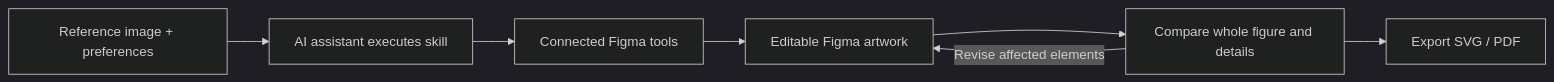
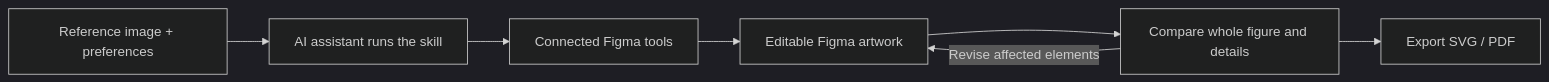
One commit to sidiangongyuan/paper-figure-to-figma changed the diagram in README.md. Above: the diagram before and after it, drawn with Mermaid (dark theme). The commit also changed other lines of this file and 12 other files, not shown here.

````diff
--- a/README.md
+++ b/README.md
@@ -36,9 +85,9 @@
 ```mermaid
 flowchart LR
-    A[Reference image + preferences] --> B[AI assistant executes skill]
+    A[Reference image + preferences] --> B[AI assistant runs the skill]
     B --> C[Connected Figma tools]
     C --> D[Editable Figma artwork]
     D --> E[Compare whole figure and details]
     E -->|Revise affected elements| D
     E --> F[Export SVG / PDF]
 ```
````
